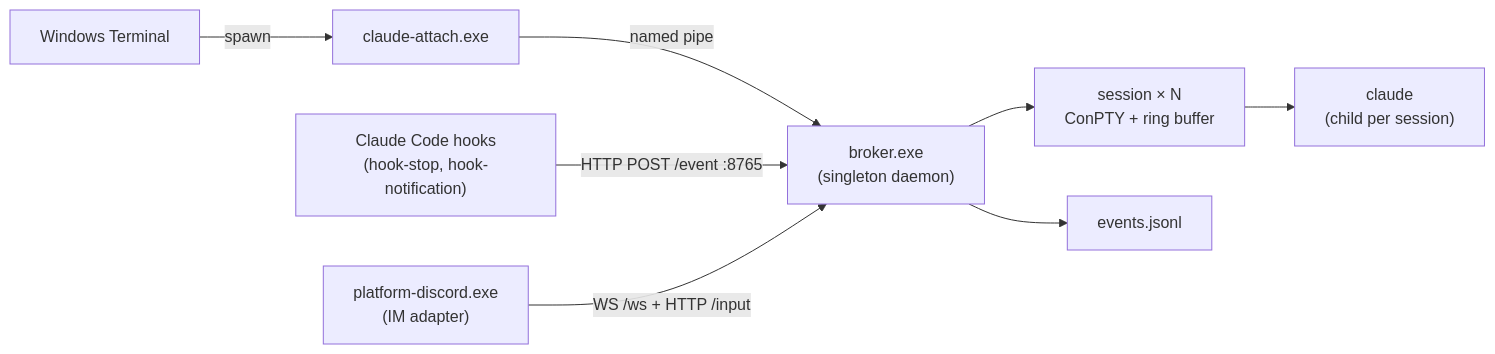
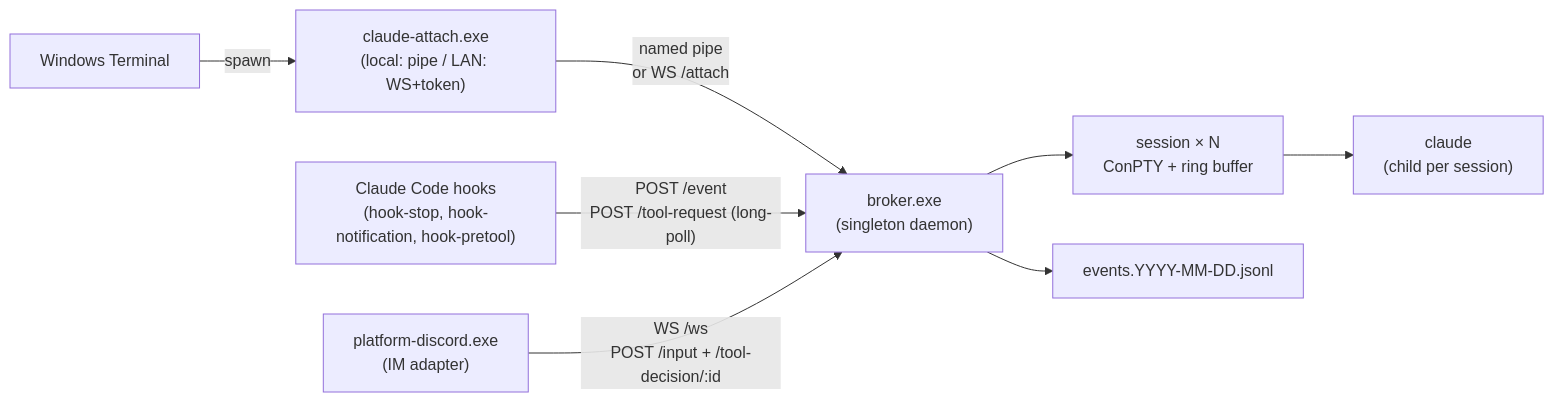
One commit to TornLux/agentmux changed the diagram in README.md. Above: the diagram before and after it, drawn with Mermaid. The commit also changed other lines of this file and 12 other files, not shown here.

````diff
--- a/README.md
+++ b/README.md
@@ -32,19 +47,19 @@
 ```mermaid
 flowchart LR
     Term["Windows Terminal"]
-    Hooks["Claude Code hooks<br/>(hook-stop, hook-notification)"]
-    Attach["claude-attach.exe"]
+    Hooks["Claude Code hooks<br/>(hook-stop, hook-notification, hook-pretool)"]
+    Attach["claude-attach.exe<br/>(local: pipe / LAN: WS+token)"]
     Discord["platform-discord.exe<br/>(IM adapter)"]
     Broker["broker.exe<br/>(singleton daemon)"]
     Sess["session × N<br/>ConPTY + ring buffer"]
     Claude["claude<br/>(child per session)"]
-    Events["events.jsonl"]
+    Events["events.YYYY-MM-DD.jsonl"]
 
     Term -- "spawn" --> Attach
-    Attach -- "named pipe" --> Broker
-    Hooks -- "HTTP POST /event :8765" --> Broker
-    Discord -- "WS /ws + HTTP /input" --> Broker
+    Attach -- "named pipe<br/>or WS /attach" --> Broker
+    Hooks -- "POST /event<br/>POST /tool-request (long-poll)" --> Broker
+    Discord -- "WS /ws<br/>POST /input + /tool-decision/:id" --> Broker
     Broker --> Sess
     Sess --> Claude
     Broker --> Events
 ```
````
